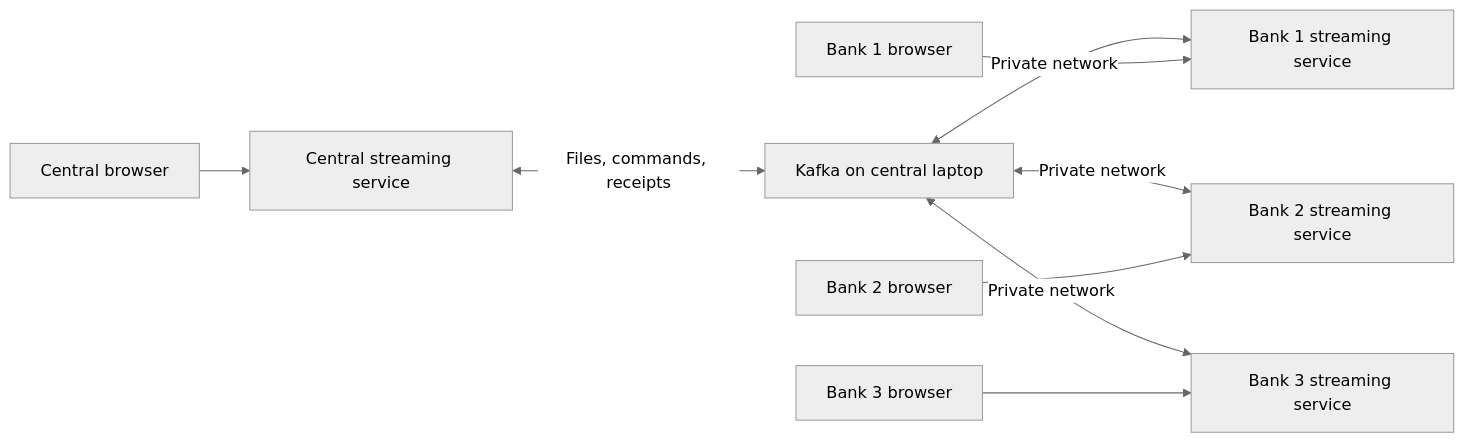
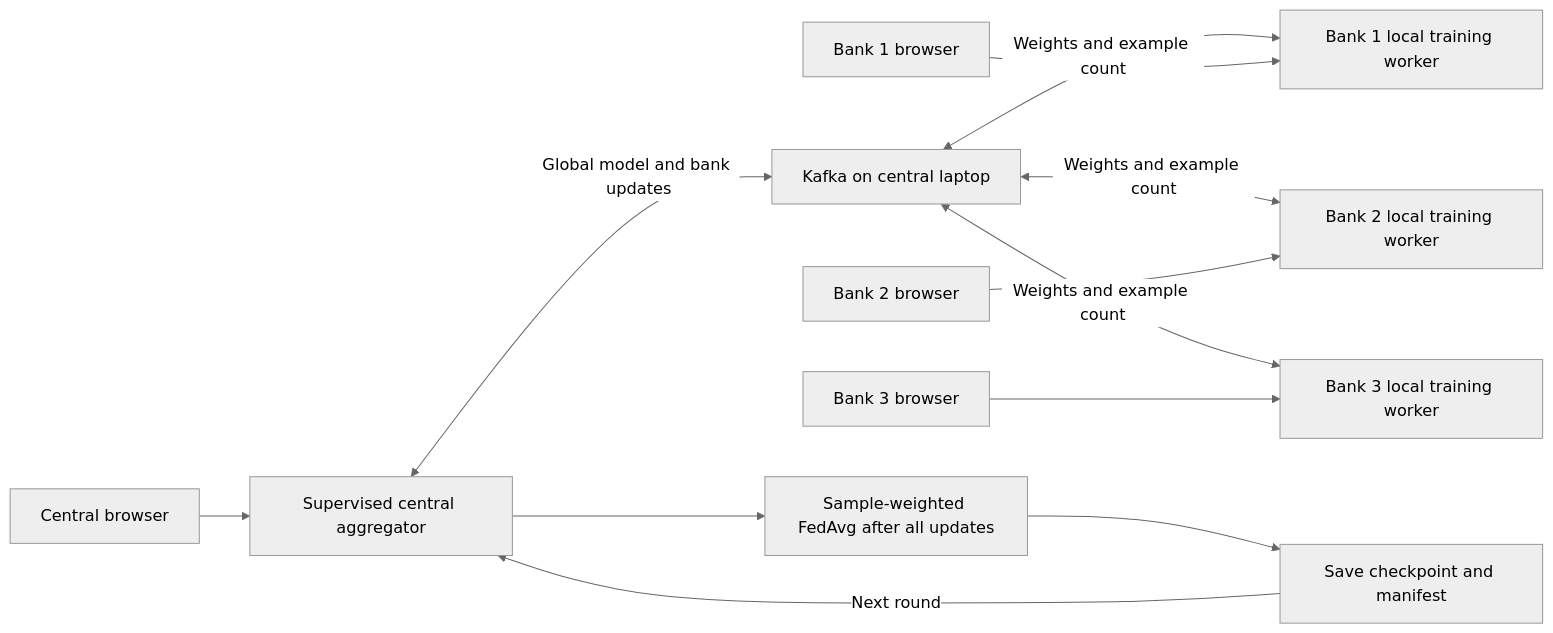
Before and after one commit to siaa1308/Capstone: the diagram in docs/STREAMING_BLUEPRINT.md, drawn with Mermaid (neutral theme). The commit also changed other lines of this file, not shown here.

Commit message:
docs: revise streaming blueprint for full federated training workflow

````diff
--- a/docs/STREAMING_BLUEPRINT.md
+++ b/docs/STREAMING_BLUEPRINT.md
@@ -78,11 +92,14 @@
 ```mermaid
 flowchart LR
-    CU[Central browser] --> CS[Central streaming service]
-    CS <-->|Files, commands, receipts| K[Kafka on central laptop]
-    K <-->|Private network| B1[Bank 1 streaming service]
-    K <-->|Private network| B2[Bank 2 streaming service]
-    K <-->|Private network| B3[Bank 3 streaming service]
+    CU[Central browser] --> CS[Supervised central aggregator]
+    CS <-->|Global model and bank updates| K[Kafka on central laptop]
+    K <-->|Weights and example count| B1[Bank 1 local training worker]
+    K <-->|Weights and example count| B2[Bank 2 local training worker]
+    K <-->|Weights and example count| B3[Bank 3 local training worker]
+    CS --> A[Sample-weighted FedAvg after all updates]
+    A --> S[Save checkpoint and manifest]
+    S -->|Next round| CS
     U1[Bank 1 browser] --> B1
     U2[Bank 2 browser] --> B2
     U3[Bank 3 browser] --> B3
 ```
````
